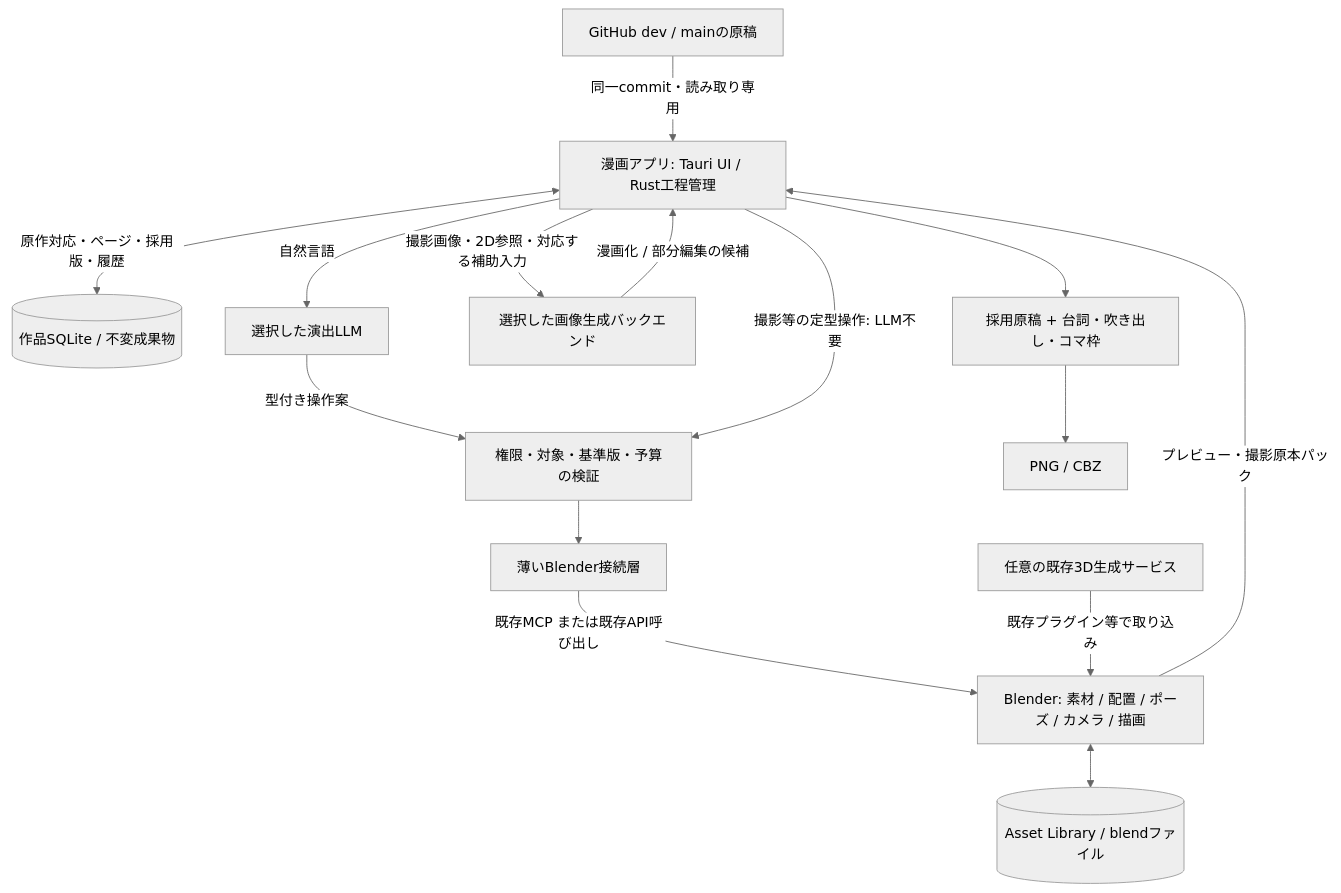
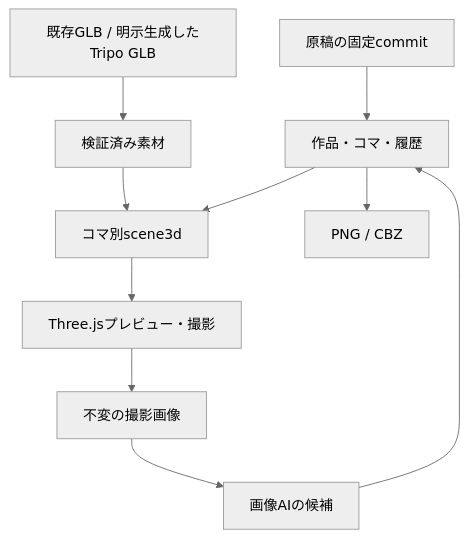
Before and after one commit to kdob1042/manga-mac: the diagram in docs/IMPLEMENTATION_PLAN.md, drawn with Mermaid (neutral theme). The commit also changed other lines of this file and 101 other files, not shown here.

Commit message:
Implement Three.js staging, GLB assets, scene capture and remove Blender integration

````diff
--- a/docs/IMPLEMENTATION_PLAN.md
+++ b/docs/IMPLEMENTATION_PLAN.md
@@ -55,17 +59,12 @@
 ```mermaid
 flowchart TB
-  Source[GitHub dev / mainの原稿] -->|同一commit・読み取り専用| App[漫画アプリ: Tauri UI / Rust工程管理]
-  App <-->|原作対応・ページ・採用版・履歴| DB[(作品SQLite / 不変成果物)]
-  App -->|自然言語| LLM[選択した演出LLM]
-  LLM -->|型付き操作案| Gate[権限・対象・基準版・予算の検証]
-  App -->|撮影等の定型操作: LLM不要| Gate
-  Gate --> Adapter[薄いBlender接続層]
-  Adapter -->|既存MCP または既存API呼び出し| Blender[Blender: 素材 / 配置 / ポーズ / カメラ / 描画]
-  Blender <--> Blend[(Asset Library / blendファイル)]
-  Tripo[任意の既存3D生成サービス] -->|既存プラグイン等で取り込み| Blender
-  Blender -->|プレビュー・撮影原本パック| App
-  App -->|撮影画像・2D参照・対応する補助入力| Image[選択した画像生成バックエンド]
-  Image -->|漫画化 / 部分編集の候補| App
-  App --> Page[採用原稿 + 台詞・吹き出し・コマ枠]
-  Page --> Export[PNG / CBZ]
+  Source[原稿の固定commit] --> App[作品・コマ・履歴]
+  Assets[既存GLB / 明示生成したTripo GLB] --> Registry[検証済み素材]
+  Registry --> Scene[コマ別scene3d]
+  App --> Scene
+  Scene --> Three[Three.jsプレビュー・撮影]
+  Three --> Capture[不変の撮影画像]
+  Capture --> Image[画像AIの候補]
+  Image --> App
+  App --> Export[PNG / CBZ]
 ```
````
